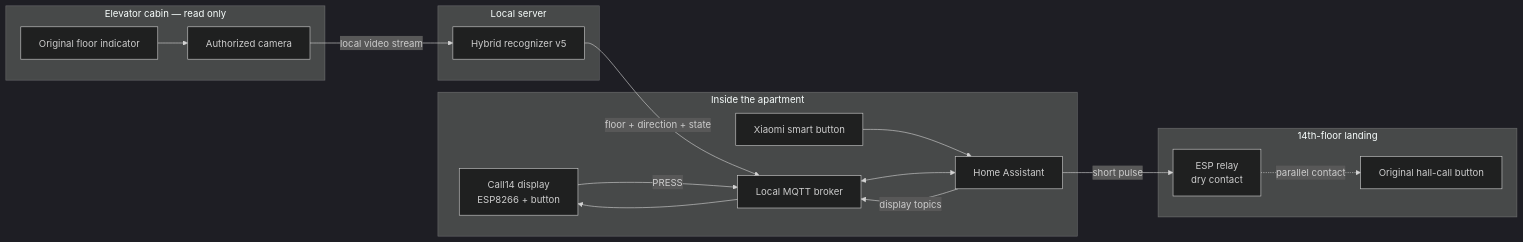
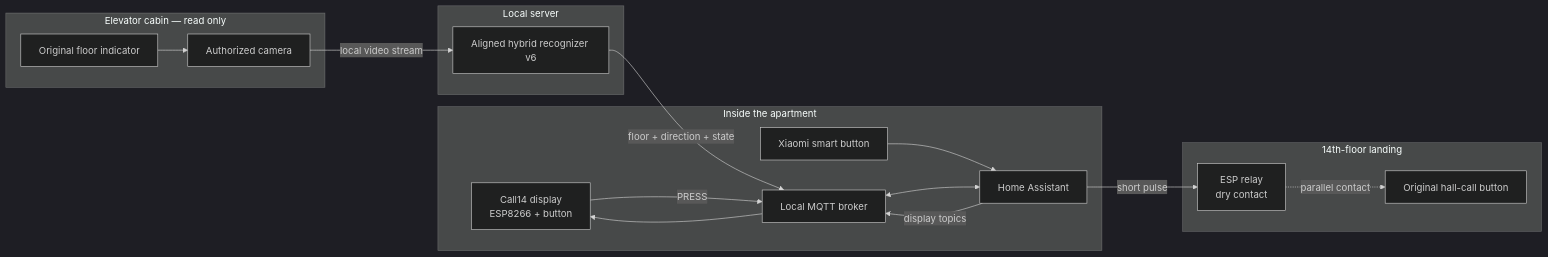
The diagram in README.md (europaprof/call14), drawn with Mermaid (dark theme) before and after one commit. The commit also changed other lines of this file and 16 other files, not shown here.

Commit message:
Release aligned elevator recognizer v6

````diff
--- a/README.md
+++ b/README.md
@@ -107,35 +107,35 @@
 ```mermaid
 flowchart LR
     subgraph Home[Inside the apartment]
         Clock[Call14 display\nESP8266 + button]
         Xiaomi[Xiaomi smart button]
         HA[Home Assistant]
         MQTT[Local MQTT broker]
     end
 
     subgraph Landing[14th-floor landing]
         Relay[ESP relay\ndry contact]
         Hall[Original hall-call button]
     end
 
     subgraph Cabin[Elevator cabin — read only]
         Indicator[Original floor indicator]
         Camera[Authorized camera]
     end
 
     subgraph Server[Local server]
-        V5[Hybrid recognizer v5]
+        V6[Aligned hybrid recognizer v6]
     end
 
     Clock -->|PRESS| MQTT
     Xiaomi --> HA
     MQTT <--> HA
     HA -->|short pulse| Relay
     Relay -. parallel contact .-> Hall
 
     Indicator --> Camera
-    Camera -->|local video stream| V5
-    V5 -->|floor + direction + state| MQTT
+    Camera -->|local video stream| V6
+    V6 -->|floor + direction + state| MQTT
     HA -->|display topics| MQTT
     MQTT --> Clock
 ```
````
